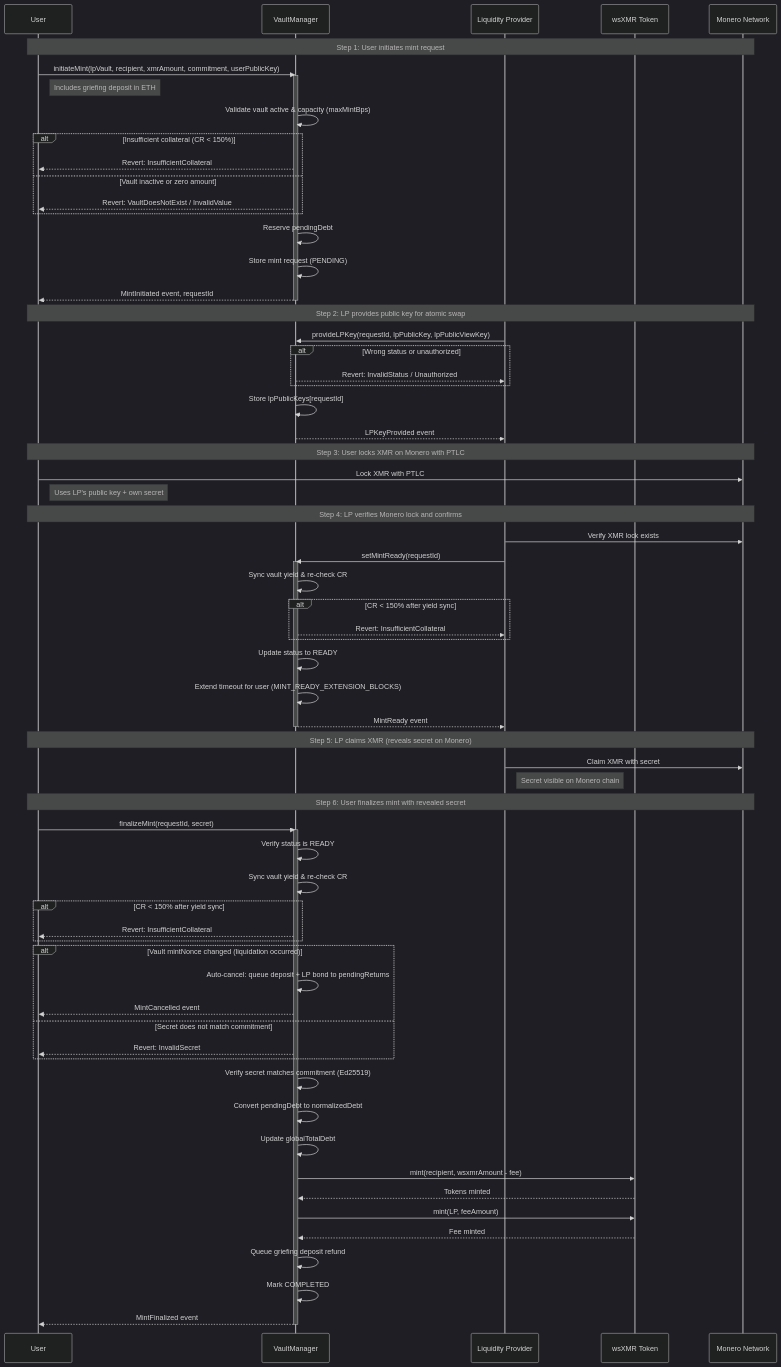
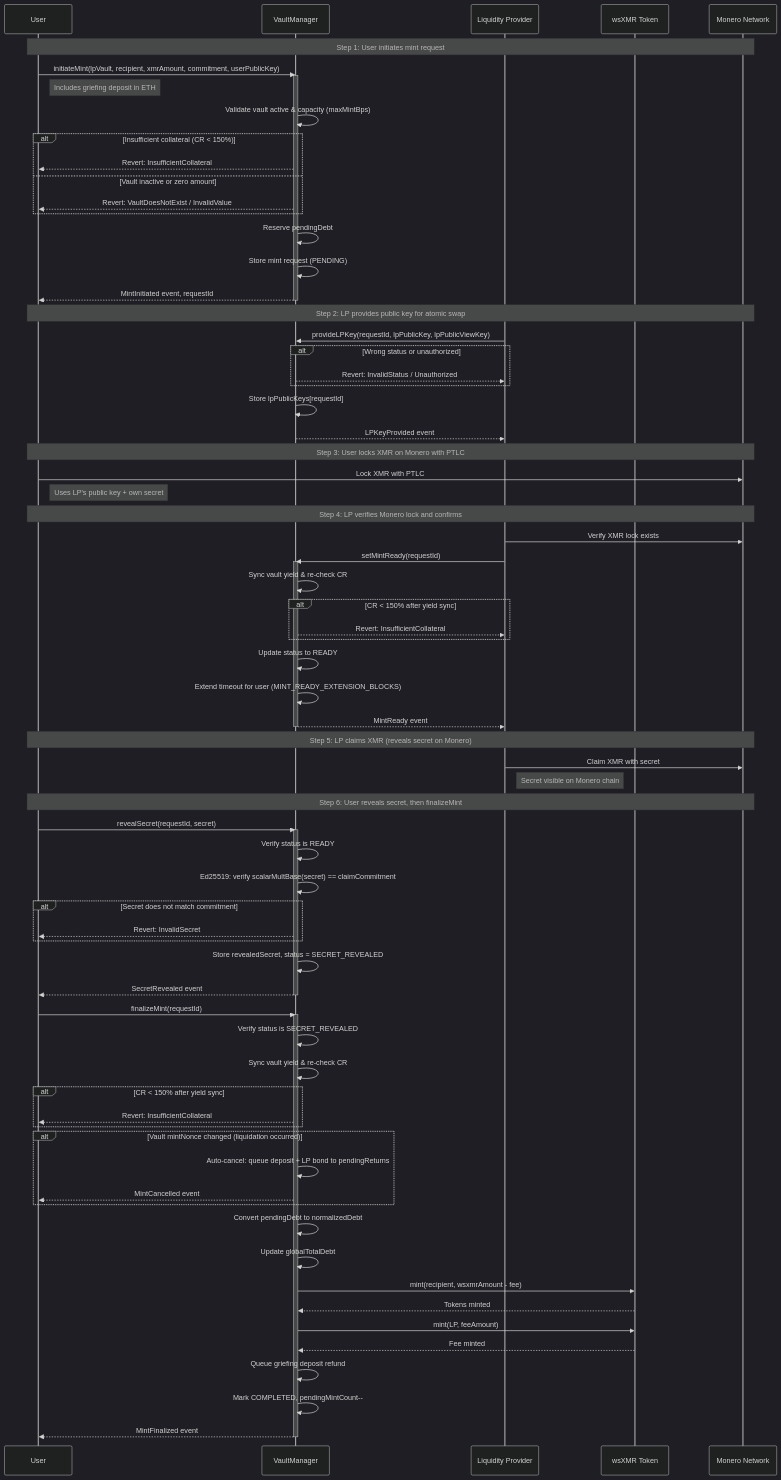
The ninth of 27 diagrams in docs/sequenceDiagrams.md (madschristensen99/wrapsynth), drawn with Mermaid (dark theme) before and after one commit. The commit also changed other lines of this file and 5 other files, not shown here.

Commit message:
Update frontend contract addresses, Monero SVG, sequence diagrams, README beta status + Aave Arc launch

````diff
--- a/docs/sequenceDiagrams.md
+++ b/docs/sequenceDiagrams.md
@@ -449,10 +449,21 @@
     LP->>Monero: Claim XMR with secret
     Note right of LP: Secret visible on Monero chain
 
-    Note over User,Monero: Step 6: User finalizes mint with revealed secret
-    User->>VM: finalizeMint(requestId, secret)
+    Note over User,Monero: Step 6: User reveals secret, then finalizeMint
+    User->>VM: revealSecret(requestId, secret)
     activate VM
     VM->>VM: Verify status is READY
+    VM->>VM: Ed25519: verify scalarMultBase(secret) == claimCommitment
+    alt Secret does not match commitment
+        VM-->>User: Revert: InvalidSecret
+    end
+    VM->>VM: Store revealedSecret, status = SECRET_REVEALED
+    VM-->>User: SecretRevealed event
+    deactivate VM
+
+    User->>VM: finalizeMint(requestId)
+    activate VM
+    VM->>VM: Verify status is SECRET_REVEALED
     VM->>VM: Sync vault yield & re-check CR
     alt CR < 150% after yield sync
         VM-->>User: Revert: InsufficientCollateral
@@ -460,10 +471,7 @@
     alt Vault mintNonce changed (liquidation occurred)
         VM->>VM: Auto-cancel: queue deposit + LP bond to pendingReturns
         VM-->>User: MintCancelled event
-    else Secret does not match commitment
-        VM-->>User: Revert: InvalidSecret
     end
-    VM->>VM: Verify secret matches commitment (Ed25519)
     VM->>VM: Convert pendingDebt to normalizedDebt
     VM->>VM: Update globalTotalDebt
     VM->>Token: mint(recipient, wsxmrAmount - fee)
@@ -471,7 +479,7 @@
     VM->>Token: mint(LP, feeAmount)
     Token-->>VM: Fee minted
     VM->>VM: Queue griefing deposit refund
-    VM->>VM: Mark COMPLETED
+    VM->>VM: Mark COMPLETED, pendingMintCount--
     VM-->>User: MintFinalized event
     deactivate VM
 ```
````
